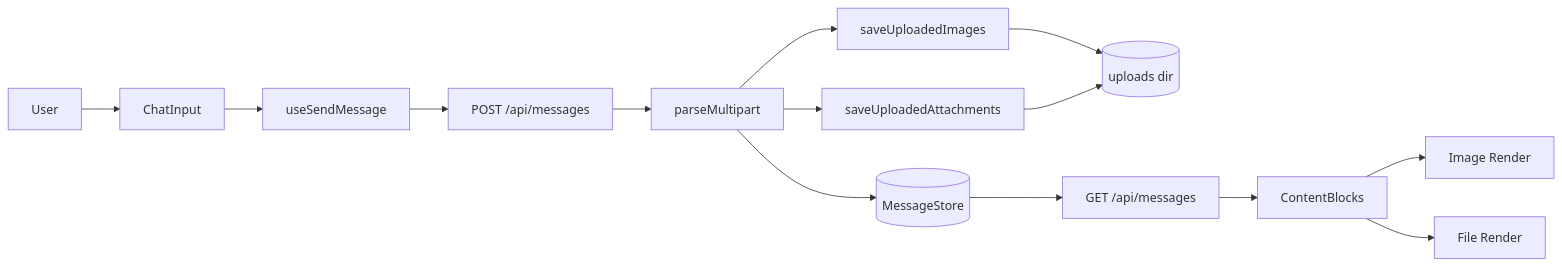
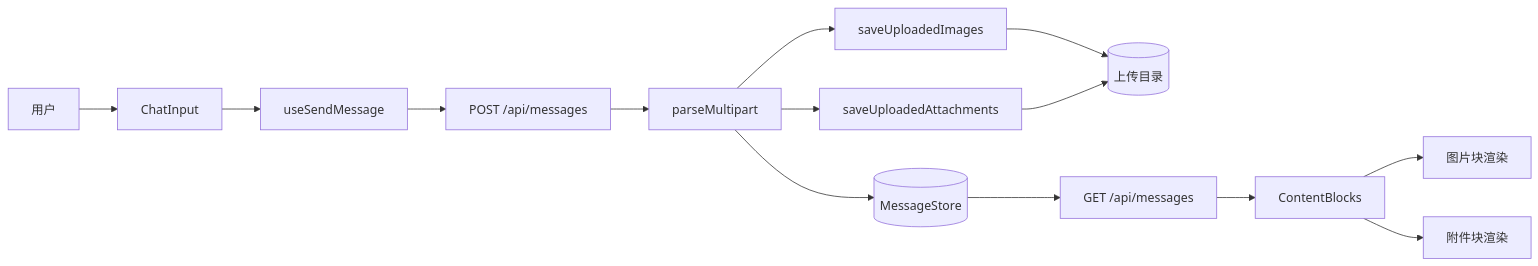
The first of 7 diagrams in docs/F140-chat-attachment-upload.md (henshoudaji/clowder-ai), drawn with Mermaid before and after one commit. The commit also changed other lines of this file, not shown here.

````diff
--- a/docs/F140-chat-attachment-upload.md
+++ b/docs/F140-chat-attachment-upload.md
@@ -188,16 +291,16 @@
 ```mermaid
 flowchart LR
-    U[User] --> CI[ChatInput]
+    U[用户] --> CI[ChatInput]
     CI --> SM[useSendMessage]
     SM --> API["POST /api/messages"]
-    API --> MP[parseMultipart]
-    MP --> IMG[saveUploadedImages]
-    MP --> ATT[saveUploadedAttachments]
-    IMG --> FS[(uploads dir)]
-    ATT --> FS
-    MP --> MS[(MessageStore)]
+    API --> PM[parseMultipart]
+    PM --> SI[saveUploadedImages]
+    PM --> SA[saveUploadedAttachments]
+    SI --> FS[(上传目录)]
+    SA --> FS
+    PM --> MS[(MessageStore)]
     MS --> GET["GET /api/messages"]
     GET --> CB[ContentBlocks]
-    CB --> IR[Image Render]
-    CB --> FR[File Render]
+    CB --> IR[图片块渲染]
+    CB --> FR[附件块渲染]
 ```
````
